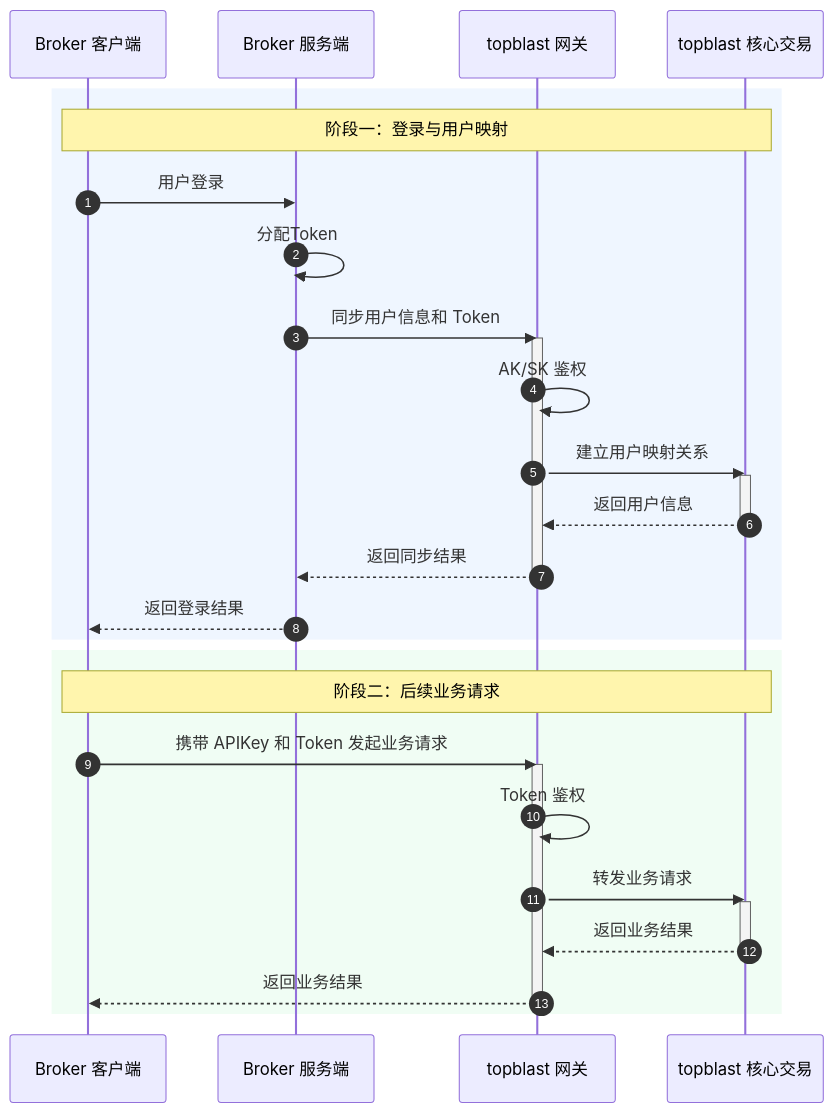
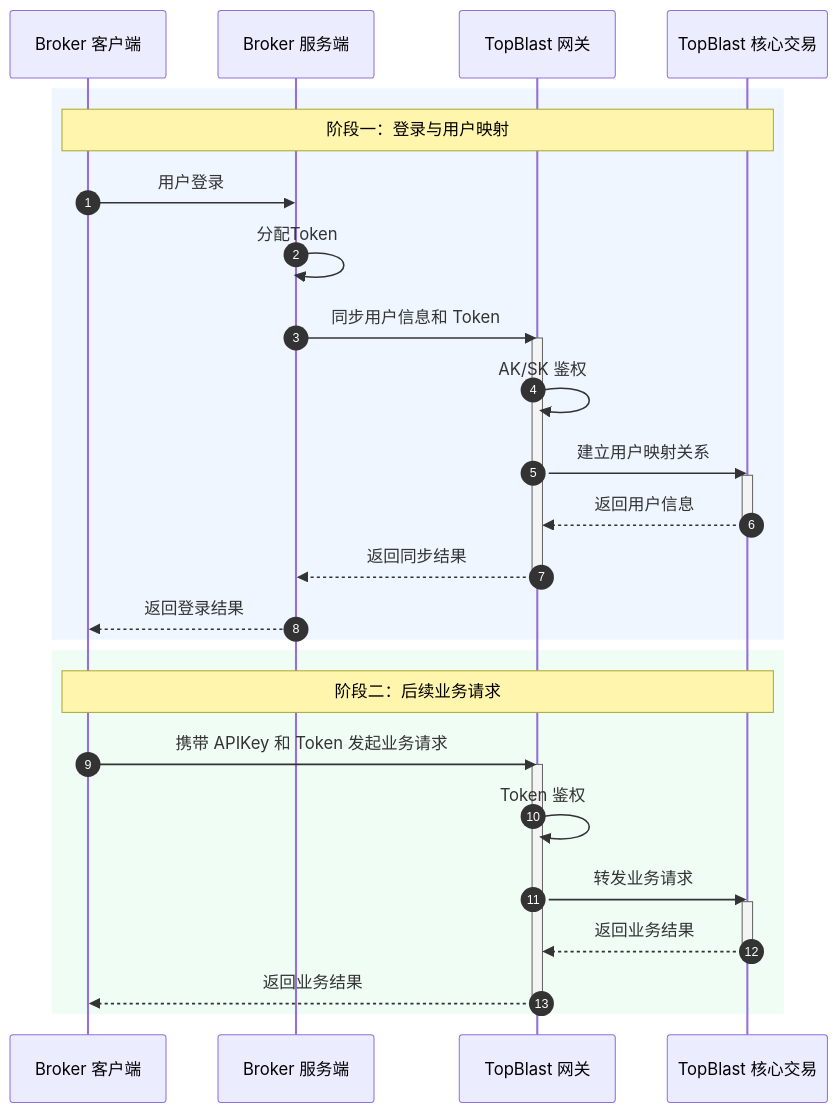
The diagram in cn/broker/guide/introduction.mdx (topblast-trade/docs), drawn with Mermaid before and after one commit. The commit also changed 22 other files, not shown here.

````diff
--- a/cn/broker/guide/introduction.mdx
+++ b/cn/broker/guide/introduction.mdx
@@ -49,40 +49,40 @@
 ```mermaid
 sequenceDiagram
     autonumber
 
     participant BrokerClient as Broker 客户端
     participant BrokerServer as Broker 服务端
-    participant Gateway as topblast 网关
-    participant Core as topblast 核心交易
+    participant Gateway as TopBlast 网关
+    participant Core as TopBlast 核心交易
 
     rect rgb(239, 246, 255)
         Note over BrokerClient,Core: 阶段一：登录与用户映射
 
         BrokerClient->>BrokerServer: 用户登录
         BrokerServer->>BrokerServer: 分配Token
         BrokerServer->>Gateway: 同步用户信息和 Token
         activate Gateway
         Gateway->>Gateway: AK/SK 鉴权
         Gateway->>Core: 建立用户映射关系
         activate Core
         Core-->>Gateway: 返回用户信息
         deactivate Core
         Gateway-->>BrokerServer: 返回同步结果
         deactivate Gateway
         BrokerServer-->>BrokerClient: 返回登录结果
     end
 
     rect rgb(240, 253, 244)
         Note over BrokerClient,Core: 阶段二：后续业务请求
 
         BrokerClient->>Gateway: 携带 APIKey 和 Token 发起业务请求
         activate Gateway
         Gateway->>Gateway: Token 鉴权
         Gateway->>Core: 转发业务请求
         activate Core
         Core-->>Gateway: 返回业务结果
         deactivate Core
         Gateway-->>BrokerClient: 返回业务结果
         deactivate Gateway
     end
 ```
````
